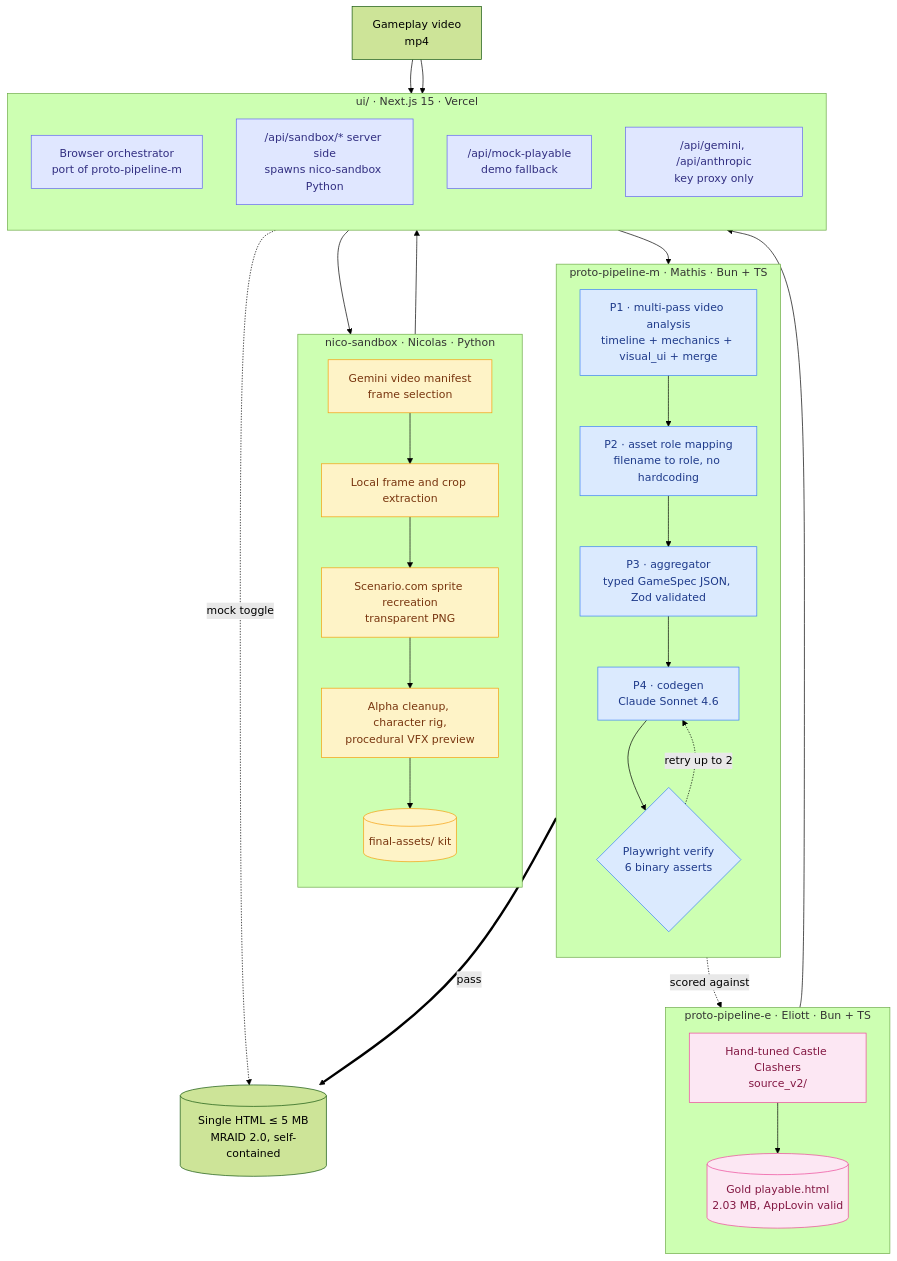
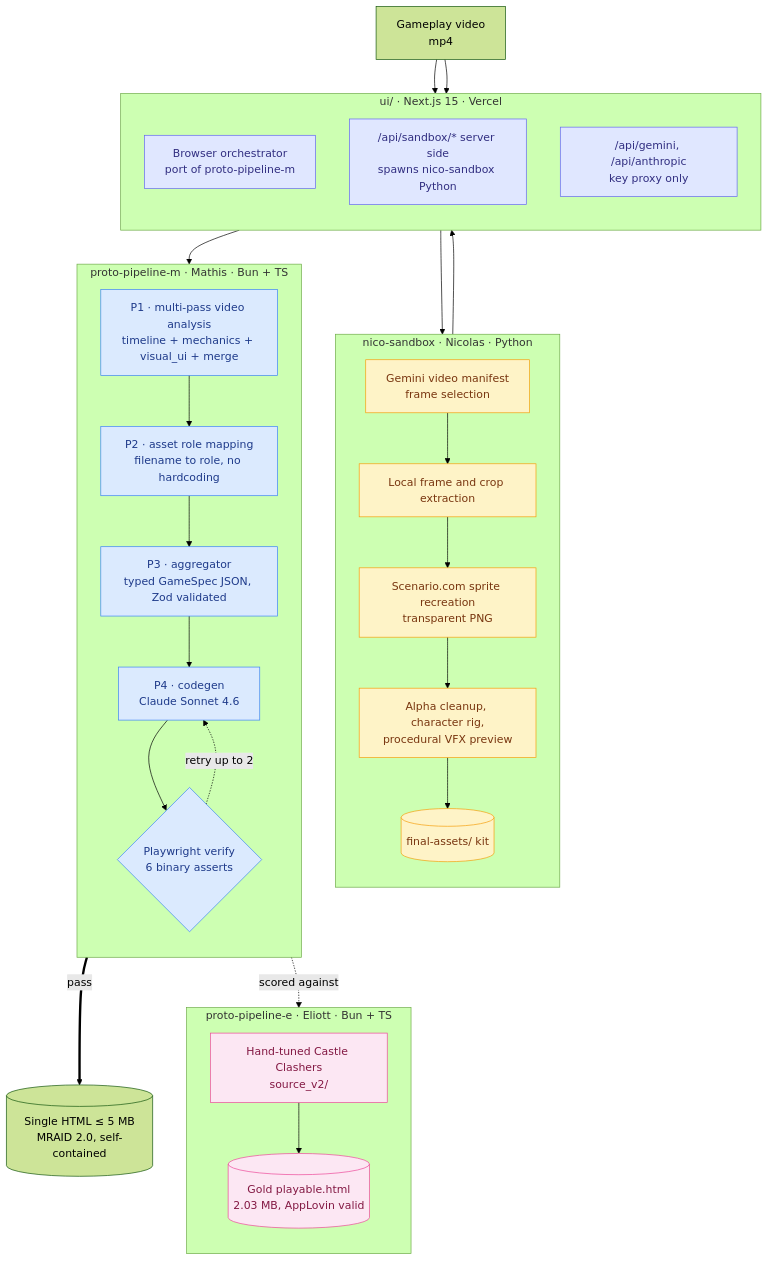
One commit to eliottvalette/Anthropic-Voodoo-Hackathon changed the diagram in README.md. Above: the diagram before and after it, drawn with Mermaid (forest theme). The commit also changed other lines of this file and 1 other file, not shown here.

````diff
--- a/README.md
+++ b/README.md
@@ -19,60 +19,56 @@
 ```mermaid
 flowchart TB
     V[Gameplay video<br/>mp4]
 
     subgraph NICO["nico-sandbox · Nicolas · Python"]
         direction TB
         N1[Gemini video manifest<br/>frame selection]
         N2[Local frame and crop extraction]
         N3[Scenario.com sprite recreation<br/>transparent PNG]
         N4[Alpha cleanup, character rig,<br/>procedural VFX preview]
         N5[(final-assets/ kit)]
         N1 --> N2 --> N3 --> N4 --> N5
     end
 
     subgraph M["proto-pipeline-m · Mathis · Bun + TS"]
         direction TB
         M1[P1 · multi-pass video analysis<br/>timeline + mechanics + visual_ui + merge]
         M2[P2 · asset role mapping<br/>filename to role, no hardcoding]
         M3[P3 · aggregator<br/>typed GameSpec JSON, Zod validated]
         M4[P4 · codegen<br/>Claude Sonnet 4.6]
         M5{Playwright verify<br/>6 binary asserts}
         M1 --> M2 --> M3 --> M4 --> M5
         M5 -.retry up to 2x.-> M4
     end
 
     subgraph E["proto-pipeline-e · Eliott · Bun + TS"]
         direction TB
         E1[Hand-tuned Castle Clashers<br/>source_v2/]
         E2[(Gold playable.html<br/>2.03 MB, AppLovin valid)]
         E1 --> E2
     end
 
     subgraph UI["ui/ · Next.js 15 · Vercel"]
         direction TB
         U1["Browser orchestrator<br/>port of proto-pipeline-m"]
         U2["/api/sandbox/* server side<br/>spawns nico-sandbox Python"]
-        U3["/api/mock-playable<br/>demo fallback"]
-        U4["/api/gemini, /api/anthropic<br/>key proxy only"]
+        U3["/api/gemini, /api/anthropic<br/>key proxy only"]
     end
 
     V --> U2
     U2 --> N1
     N5 --> U1
     V --> U1
     U1 --> M1
     M5 ==>|pass| OUT[(Single HTML ≤ 5 MB<br/>MRAID 2.0, self-contained)]
-    E2 --> U3
-    U3 -.mock toggle.-> OUT
-
     M5 -. scored against .-> E2
 
     classDef nico fill:#fef3c7,stroke:#f59e0b,color:#78350f
     classDef mathis fill:#dbeafe,stroke:#3b82f6,color:#1e3a8a
     classDef eliott fill:#fce7f3,stroke:#ec4899,color:#831843
     classDef ui fill:#e0e7ff,stroke:#6366f1,color:#312e81
     class N1,N2,N3,N4,N5 nico
     class M1,M2,M3,M4,M5 mathis
     class E1,E2 eliott
-    class U1,U2,U3,U4 ui
+    class U1,U2,U3 ui
 ```
````
